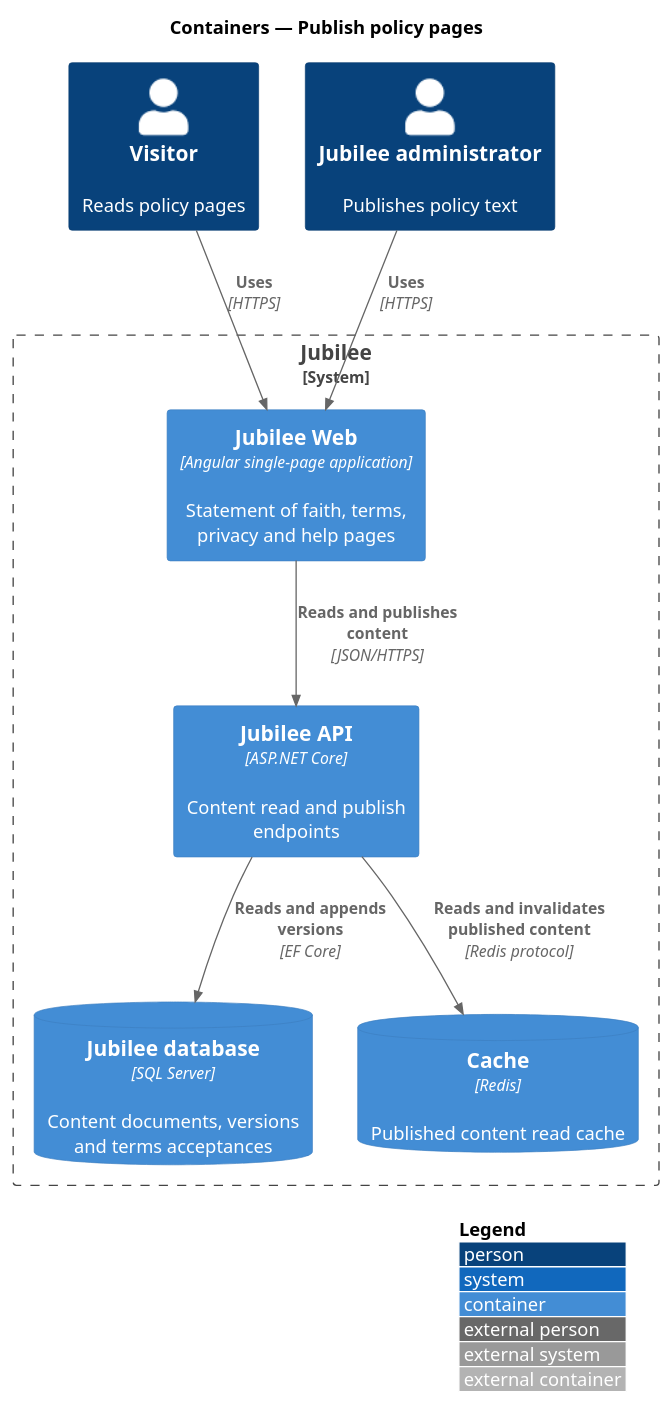
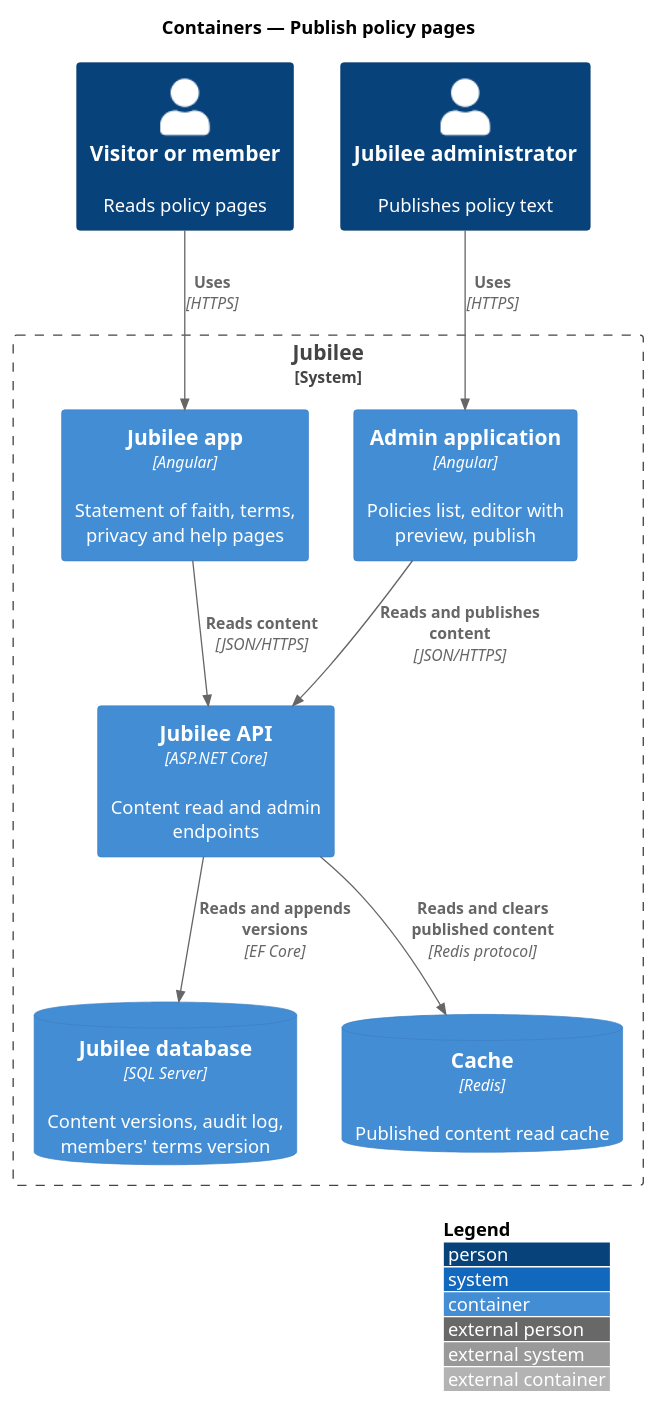
One commit to QuinntyneBrown/jubilee changed the diagram in docs/detailed-designs/trust-content/publish-policy-pages/diagrams/c4-container.puml. Above: the diagram before and after it, drawn with PlantUML. The commit also changed 18 other files, not shown here.

Commit message:
Journey 22: L2-226 (publish a policy version), ADR 0066 and the design as built

```diff
--- a/docs/detailed-designs/trust-content/publish-policy-pages/diagrams/c4-container.puml
+++ b/docs/detailed-designs/trust-content/publish-policy-pages/diagrams/c4-container.puml
@@ -1,19 +1,21 @@
 @startuml
 !include <C4/C4_Container>
 LAYOUT_WITH_LEGEND()
 title Containers — Publish policy pages
 
-Person(visitor, "Visitor", "Reads policy pages")
+Person(visitor, "Visitor or member", "Reads policy pages")
 Person(admin, "Jubilee administrator", "Publishes policy text")
 System_Boundary(jubilee, "Jubilee") {
-  Container(web, "Jubilee Web", "Angular single-page application", "Statement of faith, terms, privacy and help pages")
-  Container(api, "Jubilee API", "ASP.NET Core", "Content read and publish endpoints")
-  ContainerDb(db, "Jubilee database", "SQL Server", "Content documents, versions and terms acceptances")
+  Container(web, "Jubilee app", "Angular", "Statement of faith, terms, privacy and help pages")
+  Container(adminApp, "Admin application", "Angular", "Policies list, editor with preview, publish")
+  Container(api, "Jubilee API", "ASP.NET Core", "Content read and admin endpoints")
+  ContainerDb(db, "Jubilee database", "SQL Server", "Content versions, audit log, members' terms version")
   ContainerDb(cache, "Cache", "Redis", "Published content read cache")
 }
 Rel(visitor, web, "Uses", "HTTPS")
-Rel(admin, web, "Uses", "HTTPS")
-Rel(web, api, "Reads and publishes content", "JSON/HTTPS")
-Rel(api, cache, "Reads and invalidates published content", "Redis protocol")
+Rel(admin, adminApp, "Uses", "HTTPS")
+Rel(web, api, "Reads content", "JSON/HTTPS")
+Rel(adminApp, api, "Reads and publishes content", "JSON/HTTPS")
+Rel(api, cache, "Reads and clears published content", "Redis protocol")
 Rel(api, db, "Reads and appends versions", "EF Core")
 @enduml
```
